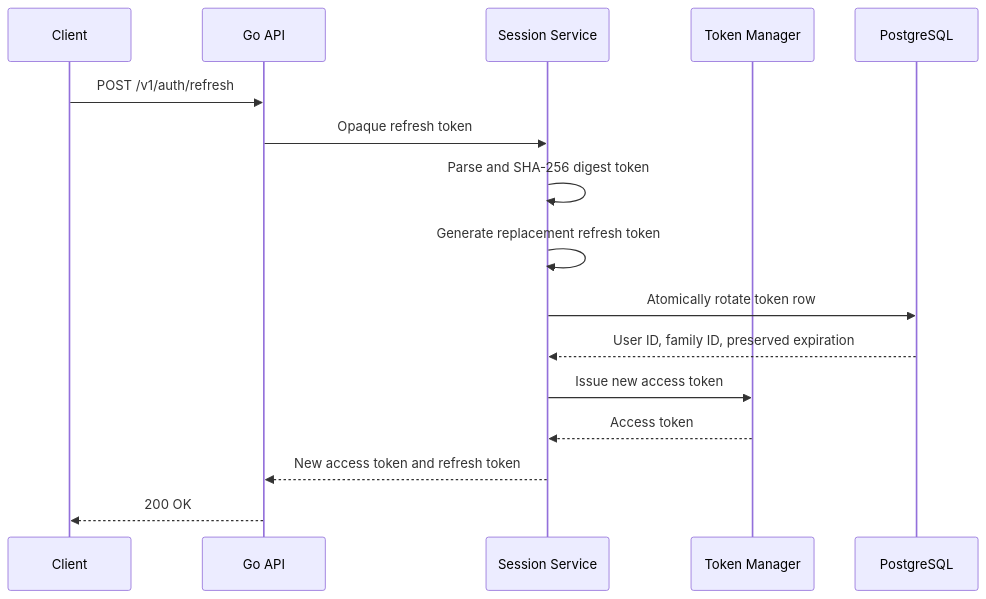
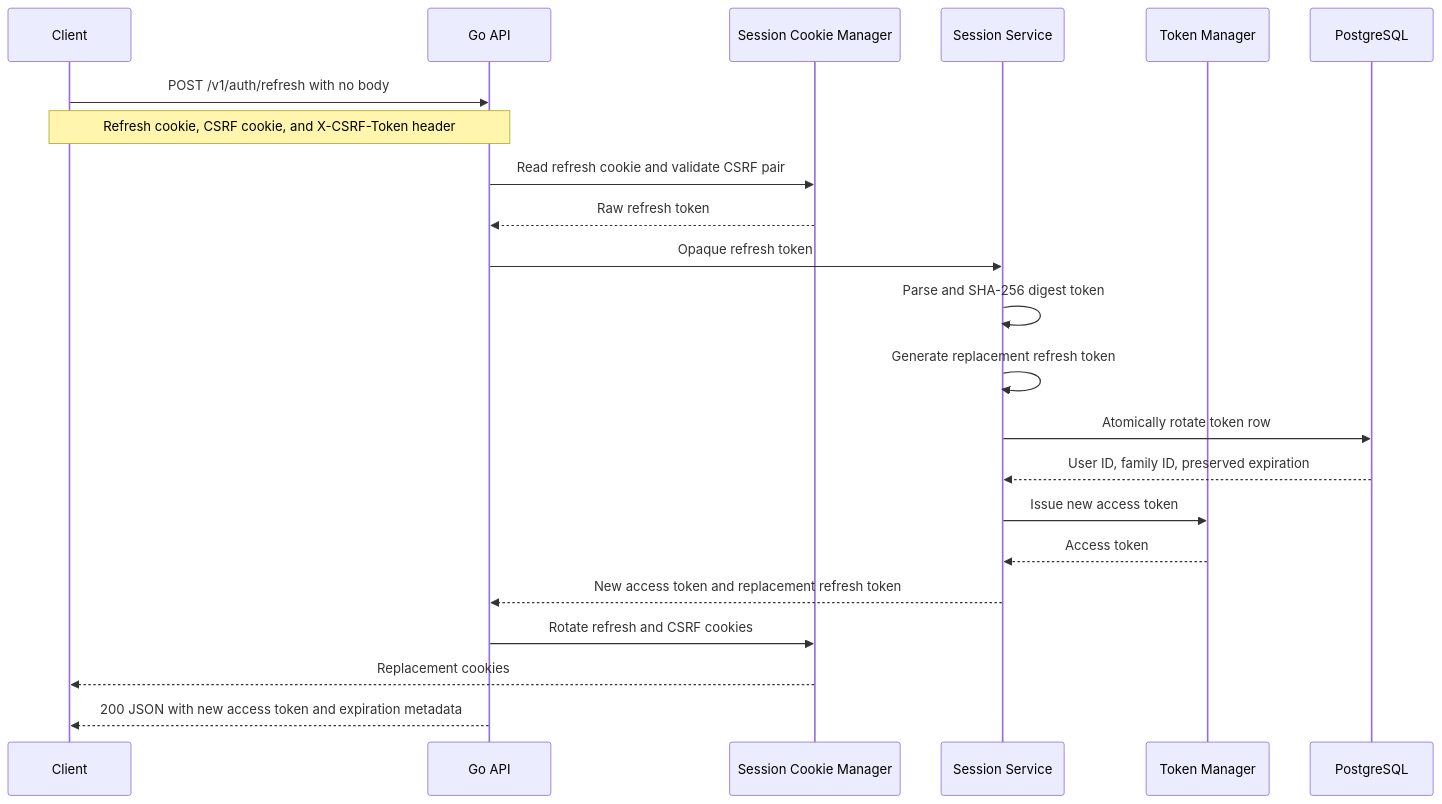
One commit to martinrgarciap/vaultforge changed the fourth of 7 diagrams in docs/architecture.md. Above: the diagram before and after it, drawn with Mermaid. The commit also changed other lines of this file and 24 other files, not shown here.

````diff
--- a/docs/architecture.md
+++ b/docs/architecture.md
@@ -248,19 +294,25 @@
 ```mermaid
 sequenceDiagram
     participant C as Client
     participant A as Go API
+    participant SC as Session Cookie Manager
     participant SS as Session Service
     participant T as Token Manager
     participant P as PostgreSQL
 
-    C->>A: POST /v1/auth/refresh
+    C->>A: POST /v1/auth/refresh with no body
+    Note over C,A: Refresh cookie, CSRF cookie, and X-CSRF-Token header
+    A->>SC: Read refresh cookie and validate CSRF pair
+    SC-->>A: Raw refresh token
     A->>SS: Opaque refresh token
     SS->>SS: Parse and SHA-256 digest token
     SS->>SS: Generate replacement refresh token
     SS->>P: Atomically rotate token row
     P-->>SS: User ID, family ID, preserved expiration
     SS->>T: Issue new access token
     T-->>SS: Access token
-    SS-->>A: New access token and refresh token
-    A-->>C: 200 OK
+    SS-->>A: New access token and replacement refresh token
+    A->>SC: Rotate refresh and CSRF cookies
+    SC-->>C: Replacement cookies
+    A-->>C: 200 JSON with new access token and expiration metadata
 ```
````
